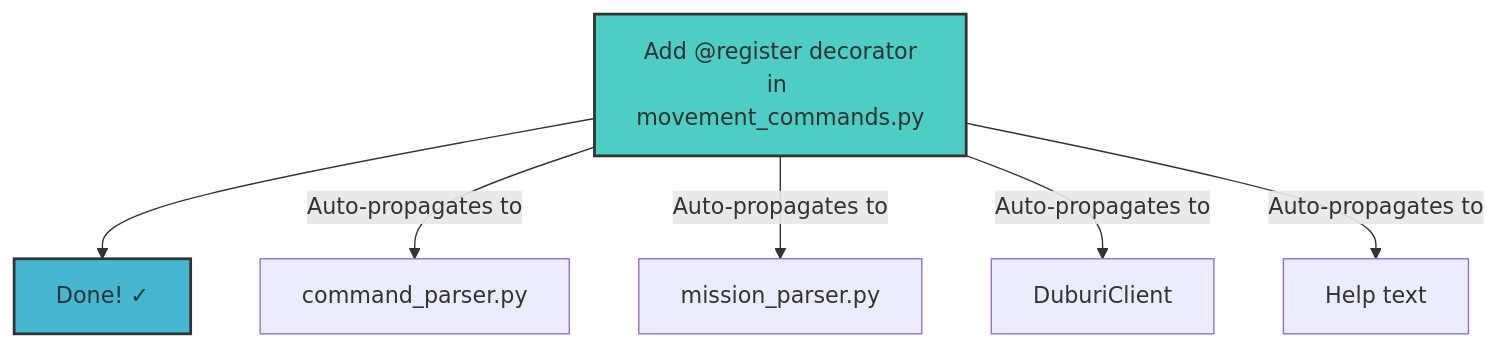
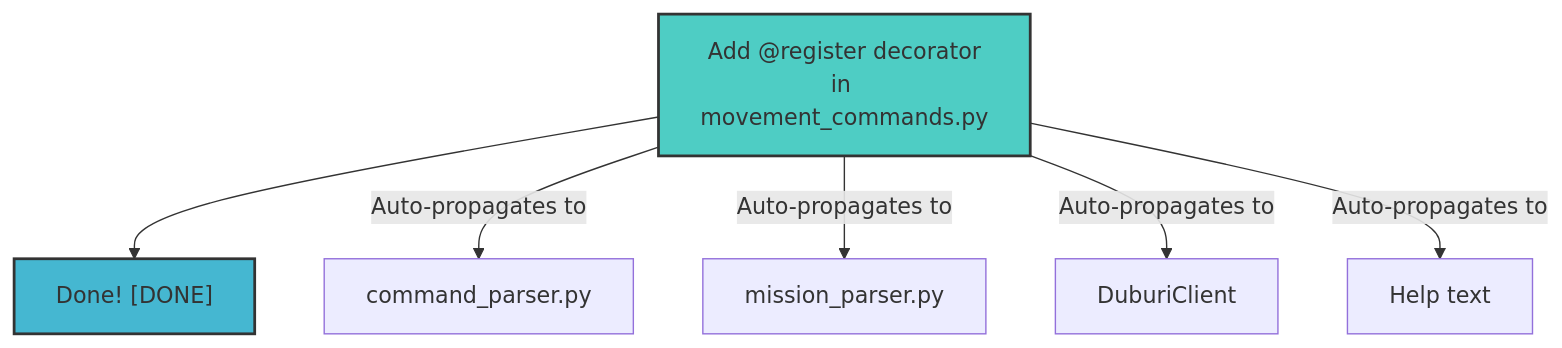
Before and after one commit to fh1m/duburi-codebase: the fifth of 16 diagrams in analysis/design-decisions/control-stack-redesign.md, drawn with Mermaid. The commit also changed other lines of this file and 30 other files, not shown here.

````diff
--- a/analysis/design-decisions/control-stack-redesign.md
+++ b/analysis/design-decisions/control-stack-redesign.md
@@ -151,12 +151,12 @@
 ```mermaid
 flowchart TD
-    A["Add @register decorator<br/>in movement_commands.py"] --> B["Done! ✓"]
-    
-    A --> |Auto-propagates to| C[command_parser.py]
-    A --> |Auto-propagates to| D[mission_parser.py]
-    A --> |Auto-propagates to| E[DuburiClient]
-    A --> |Auto-propagates to| F[Help text]
-    
-    style A fill:#4ecdc4,stroke:#333,stroke-width:2px
-    style B fill:#45b7d1,stroke:#333,stroke-width:2px
+ A["Add @register decorator<br/>in movement_commands.py"] --> B["Done! [DONE]"]
+
+ A --> |Auto-propagates to| C[command_parser.py]
+ A --> |Auto-propagates to| D[mission_parser.py]
+ A --> |Auto-propagates to| E[DuburiClient]
+ A --> |Auto-propagates to| F[Help text]
+
+ style A fill:#4ecdc4,stroke:#333,stroke-width:2px
+ style B fill:#45b7d1,stroke:#333,stroke-width:2px
 ```
````
